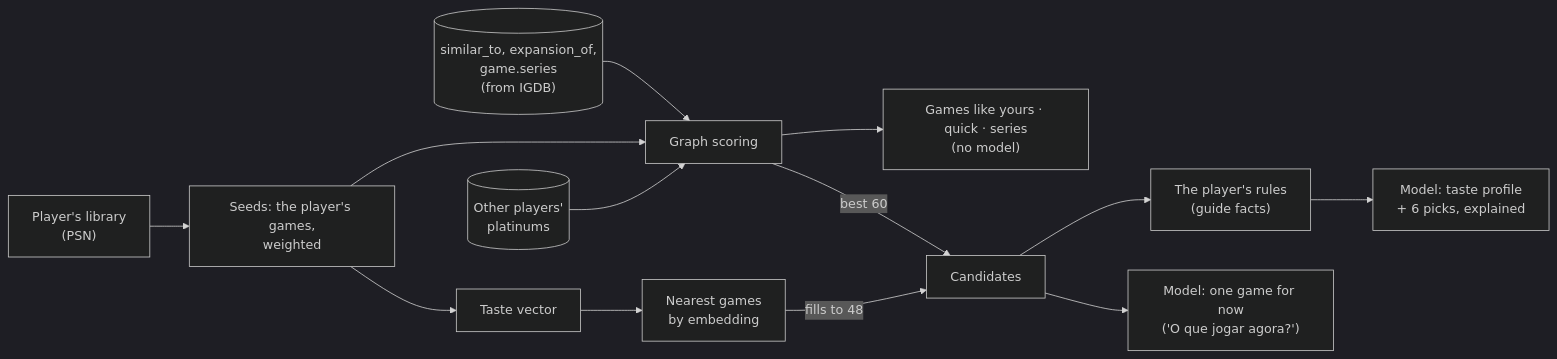
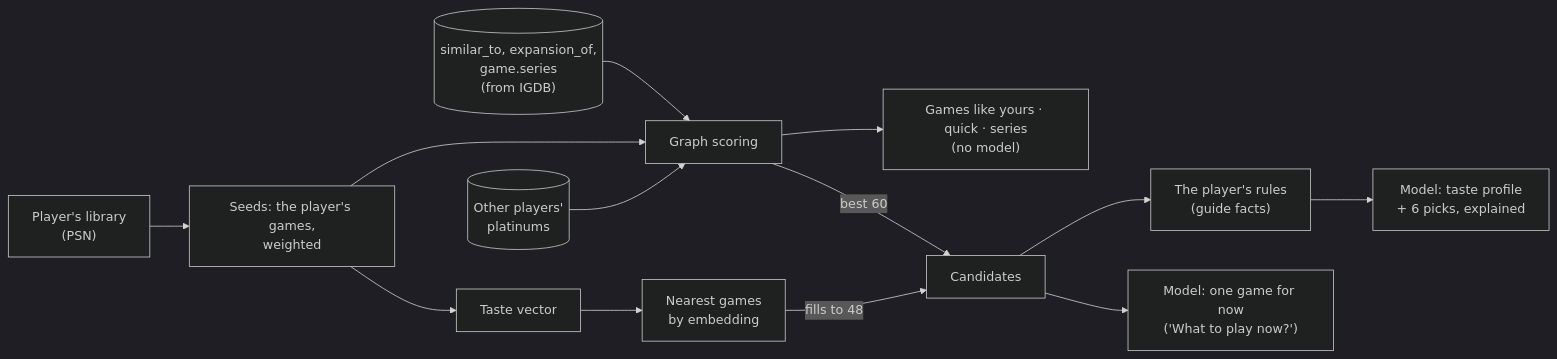
One commit to renatoaug/platjourney changed the diagram in docs/design/12-recommendations.md. Above: the diagram before and after it, drawn with Mermaid (dark theme).

Commit message:
docs: english label in the recommendations diagram

````diff
--- a/docs/design/12-recommendations.md
+++ b/docs/design/12-recommendations.md
@@ -15,12 +15,12 @@
 ```mermaid
 flowchart LR
     lib["Player's library<br/>(PSN)"] --> seeds["Seeds: the player's games,<br/>weighted"]
     igdb[("similar_to, expansion_of,<br/>game.series<br/>(from IGDB)")] --> score["Graph scoring"]
     seeds --> score
     peers[("Other players'<br/>platinums")] --> score
     score --> free["Games like yours · quick · series<br/>(no model)"]
     score -- "best 60" --> cands["Candidates"]
     seeds --> taste["Taste vector"] --> vec["Nearest games<br/>by embedding"] -- "fills to 48" --> cands
     cands --> rules["The player's rules<br/>(guide facts)"] --> model["Model: taste profile<br/>+ 6 picks, explained"]
-    cands --> pick["Model: one game for now<br/>('O que jogar agora?')"]
+    cands --> pick["Model: one game for now<br/>('What to play now?')"]
 ```
````
